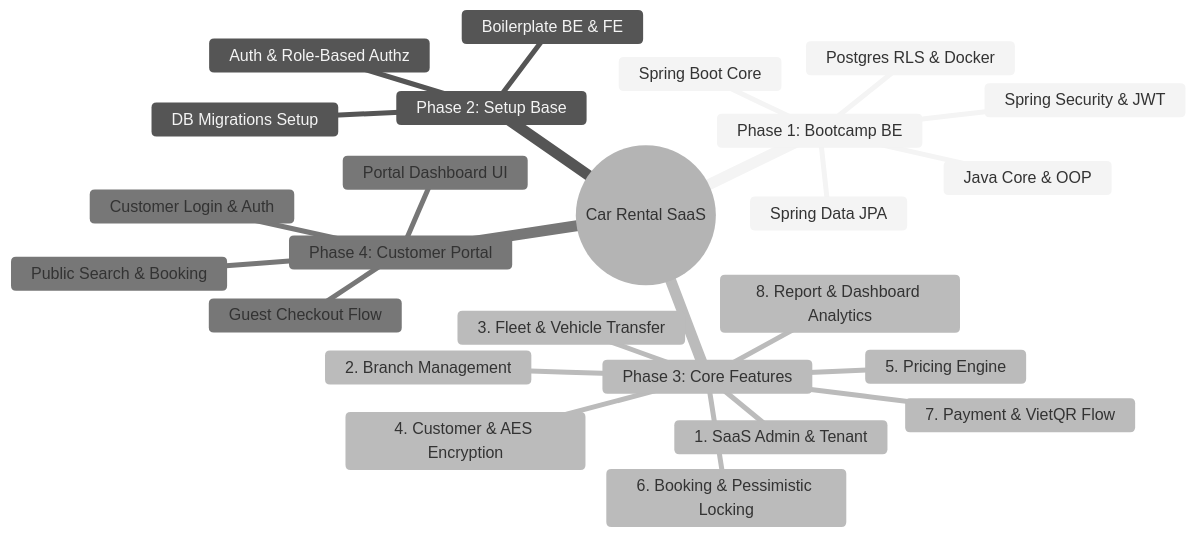
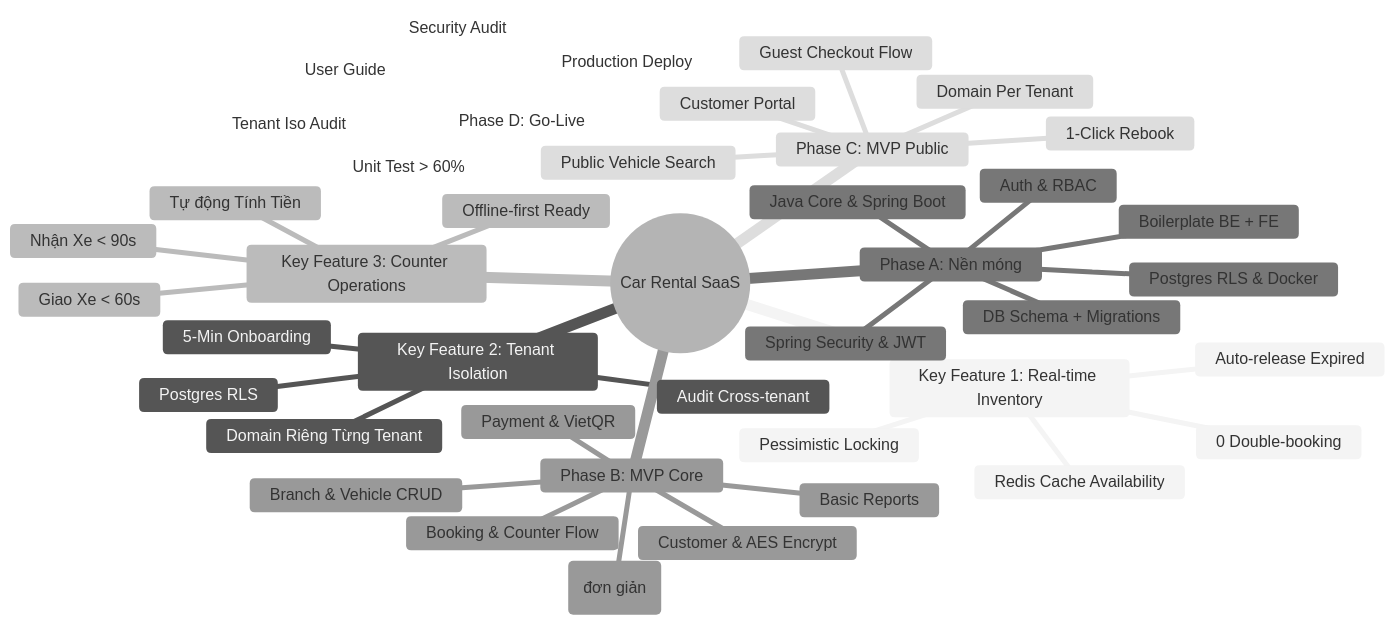
Before and after one commit to dinhtuan99/car-rental-backend: the first of 2 diagrams in docs/Mindmap.md, drawn with Mermaid (neutral theme). The commit also changed other lines of this file and 13 other files, not shown here.

First line of the commit message:
Add technology direction and roadmap restructuring documents for Car Rental SaaS project

````diff
--- a/docs/Mindmap.md
+++ b/docs/Mindmap.md
@@ -13,32 +10,58 @@
 ```mermaid
 mindmap
   root((Car Rental SaaS))
-    Phase 1: Bootcamp BE
+    Key Feature 1: Real-time Inventory
+      ::icon(fa fa-heart)
+      Redis Cache Availability
+      Pessimistic Locking
+      Auto-release Expired
+      0 Double-booking
+
+    Key Feature 2: Tenant Isolation
+      ::icon(fa fa-shield)
+      Postgres RLS
+      5-Min Onboarding
+      Domain Riêng Từng Tenant
+      Audit Cross-tenant
+
+    Key Feature 3: Counter Operations
+      ::icon(fa fa-bolt)
+      Giao Xe < 60s
+      Nhận Xe < 90s
+      Tự động Tính Tiền
+      Offline-first Ready
+
+    Phase A: Nền móng
       ::icon(fa fa-book)
-      Java Core & OOP
-      Spring Boot Core
-      Spring Data JPA
+      Java Core & Spring Boot
       Spring Security & JWT
       Postgres RLS & Docker
-    Phase 2: Setup Base
-      ::icon(fa fa-cogs)
-      Boilerplate BE & FE
-      Auth & Role-Based Authz
-      DB Migrations Setup
-    Phase 3: Core Features
+      Boilerplate BE + FE
+      Auth & RBAC
+      DB Schema + Migrations
+
+    Phase B: MVP Core
       ::icon(fa fa-layer-group)
-      1. SaaS Admin & Tenant
-      2. Branch Management
-      3. Fleet & Vehicle Transfer
-      4. Customer & AES Encryption
-      5. Pricing Engine
-      6. Booking & Pessimistic Locking
-      7. Payment & VietQR Flow
-      8. Report & Dashboard Analytics
-    Phase 4: Customer Portal
+      Branch & Vehicle CRUD
+      Customer & AES Encrypt
+      Pricing Engine (đơn giản)
+      Booking & Counter Flow
+      Payment & VietQR
+      Basic Reports
+
+    Phase C: MVP Public
       ::icon(fa fa-globe)
-      Public Search & Booking
+      Public Vehicle Search
       Guest Checkout Flow
-      Customer Login & Auth
-      Portal Dashboard UI
+      Customer Portal
+      1-Click Rebook
+      Domain Per Tenant
+
+    Phase D: Go-Live
+      ::icon(fa fa-rocket)
+      Unit Test > 60%
+      Security Audit
+      Tenant Iso Audit
+      Production Deploy
+      User Guide
 ```
````
